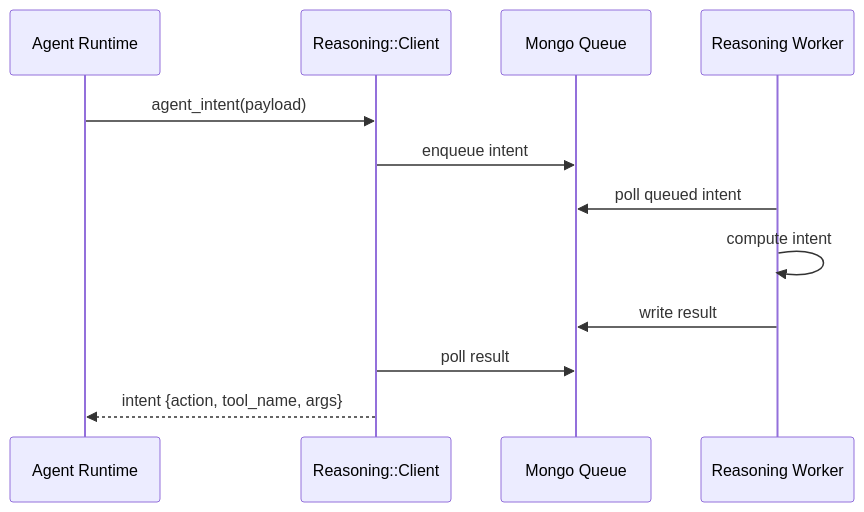
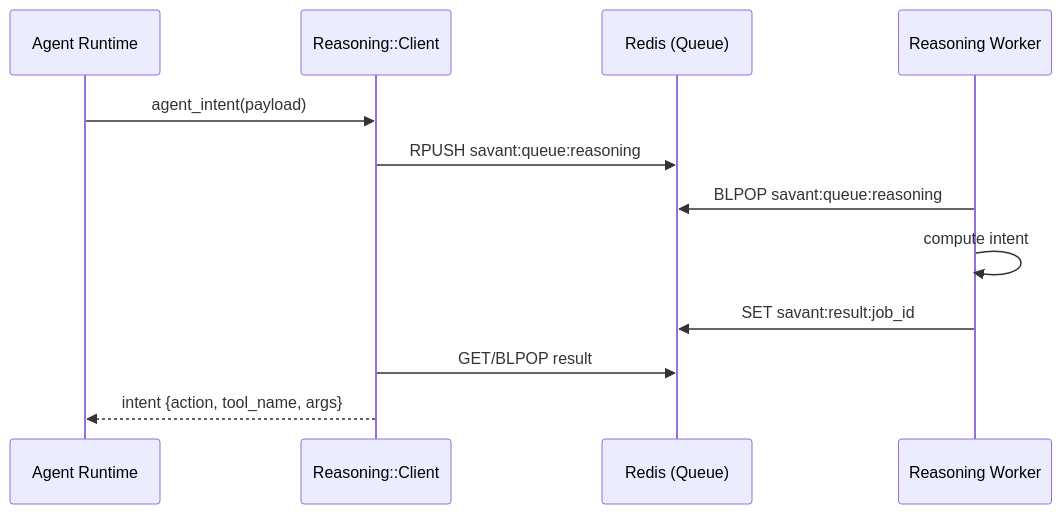
One commit to ashabbir/savant changed the fifth of 8 diagrams in memory_bank/architecture.md. Above: the diagram before and after it, drawn with Mermaid. The commit also changed other lines of this file and 39 other files, not shown here.

````diff
--- a/memory_bank/architecture.md
+++ b/memory_bank/architecture.md
@@ -181,15 +183,15 @@
 ```mermaid
 sequenceDiagram
   participant RT as Agent Runtime
   participant RC as Reasoning::Client
-  participant MQ as Mongo Queue
+  participant RD as Redis (Queue)
   participant QW as Reasoning Worker
 
   RT->>RC: agent_intent(payload)
-  RC->>MQ: enqueue intent
-  QW->>MQ: poll queued intent
+  RC->>RD: RPUSH savant:queue:reasoning
+  QW->>RD: BLPOP savant:queue:reasoning
   QW->>QW: compute intent
-  QW->>MQ: write result
-  RC->>MQ: poll result
+  QW->>RD: SET savant:result:job_id
+  RC->>RD: GET/BLPOP result
   RC-->>RT: intent {action, tool_name, args}
 ```
````
